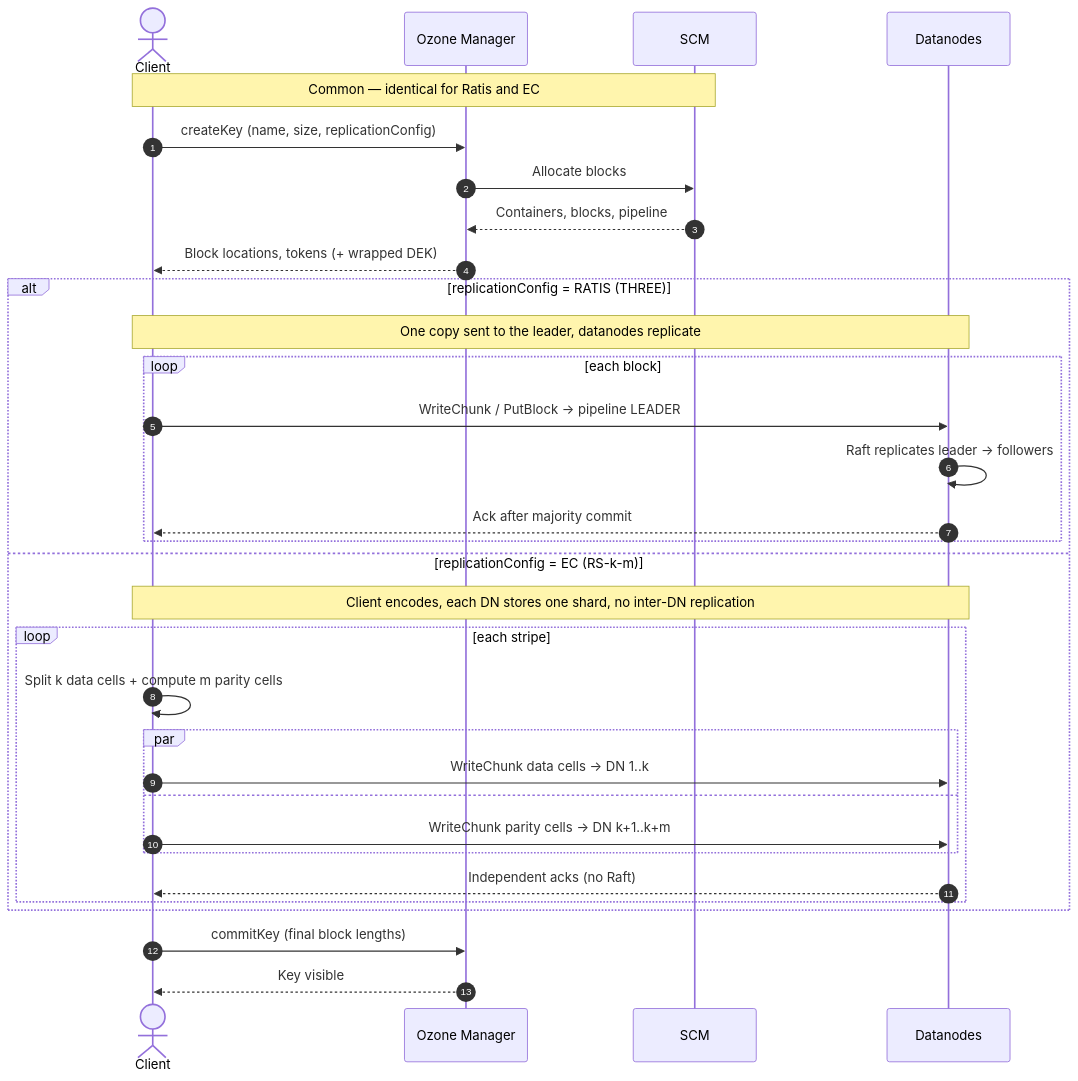
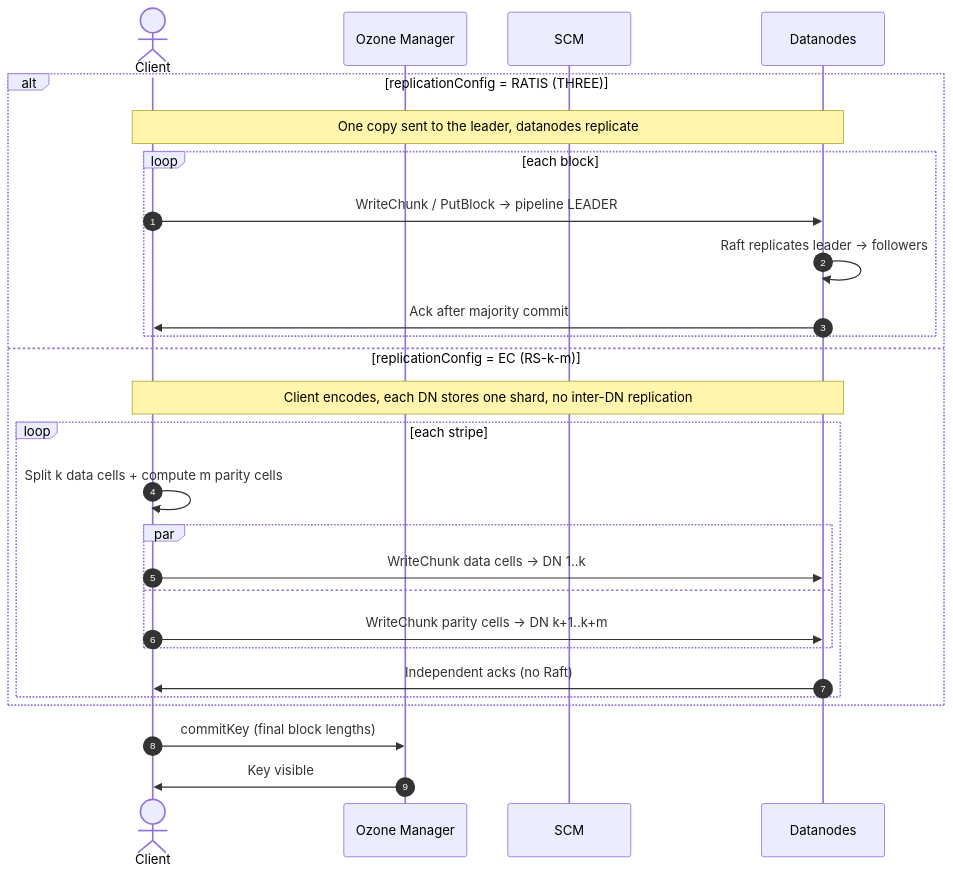
One commit to apache/ozone-site changed the second of 2 diagrams in docs/07-system-internals/02-data-operations/01-write.md. Above: the diagram before and after it, drawn with Mermaid. The commit also changed other lines of this file, not shown here.

````diff
--- a/docs/07-system-internals/02-data-operations/01-write.md
+++ b/docs/07-system-internals/02-data-operations/01-write.md
@@ -201,37 +174,31 @@
 ```mermaid
 sequenceDiagram
     autonumber
     actor Client
     participant OM as Ozone Manager
     participant SCM
     participant DN as Datanodes
 
-    Note over Client,SCM: Common — identical for Ratis and EC
-    Client->>OM: createKey (name, size, replicationConfig)
-    OM->>SCM: Allocate blocks
-    SCM-->>OM: Containers, blocks, pipeline
-    OM-->>Client: Block locations, tokens (+ wrapped DEK)
-
     alt replicationConfig = RATIS (THREE)
         Note over Client,DN: One copy sent to the leader, datanodes replicate
         loop each block
             Client->>DN: WriteChunk / PutBlock → pipeline LEADER
             DN->>DN: Raft replicates leader → followers
-            DN-->>Client: Ack after majority commit
+            DN->>Client: Ack after majority commit
         end
     else replicationConfig = EC (RS-k-m)
         Note over Client,DN: Client encodes, each DN stores one shard, no inter-DN replication
         loop each stripe
             Client->>Client: Split k data cells + compute m parity cells
             par
                 Client->>DN: WriteChunk data cells → DN 1..k
             and
                 Client->>DN: WriteChunk parity cells → DN k+1..k+m
             end
-            DN-->>Client: Independent acks (no Raft)
+            DN->>Client: Independent acks (no Raft)
         end
     end
 
     Client->>OM: commitKey (final block lengths)
-    OM-->>Client: Key visible
+    OM->>Client: Key visible
 ```
````
